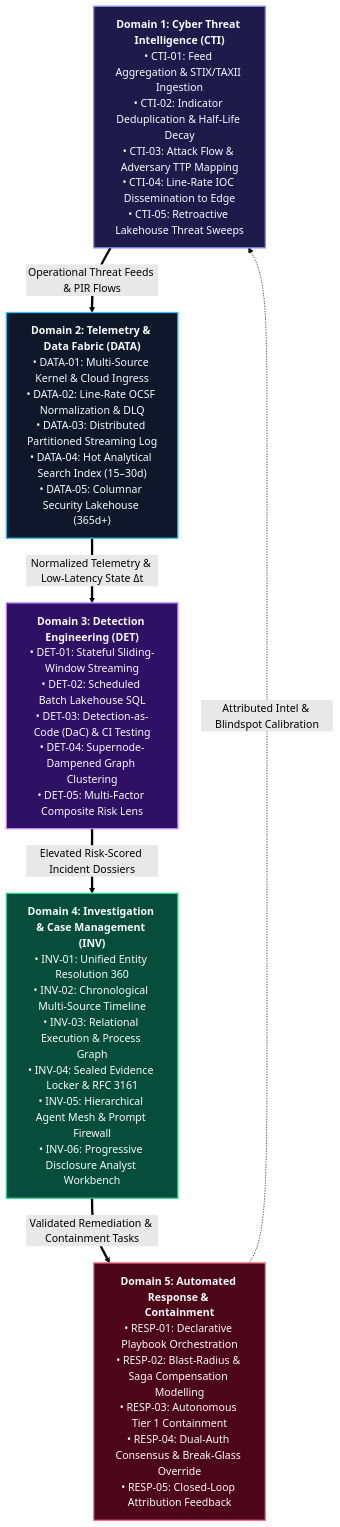
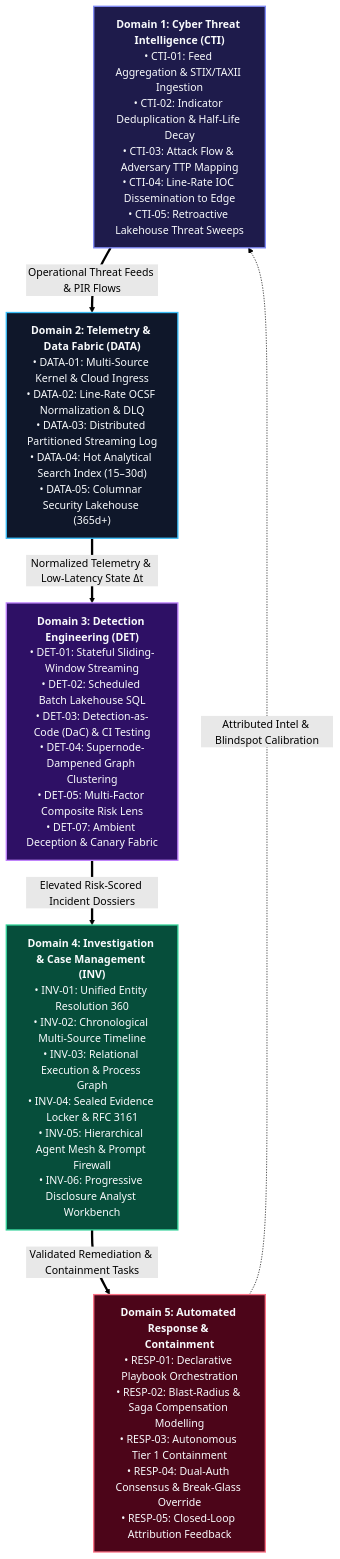
The diagram in docs/architecture/02-capability-model.md (Haribu/TIDIR), drawn with Mermaid (forest theme) before and after one commit. The commit also changed other lines of this file and 1 other file, not shown here.

Commit message:
feat(deception): add ADR 0013 and DET-07 capability for ambient deception and canary anchors

````diff
--- a/docs/architecture/02-capability-model.md
+++ b/docs/architecture/02-capability-model.md
@@ -11,25 +11,25 @@
 ```mermaid
 flowchart TB
   %% Class Definitions for High Contrast & Visual Clarity
   classDef cti fill:#1e1b4b,stroke:#818cf8,stroke-width:2px,color:#f8fafc;
   classDef data fill:#0f172a,stroke:#38bdf8,stroke-width:2px,color:#f8fafc;
   classDef det fill:#2e1065,stroke:#c084fc,stroke-width:2px,color:#f8fafc;
   classDef inv fill:#064e3b,stroke:#34d399,stroke-width:2px,color:#f8fafc;
   classDef resp fill:#4c0519,stroke:#fb7185,stroke-width:2px,color:#f8fafc;
 
   D1["<b>Domain 1: Cyber Threat Intelligence (CTI)</b><br/>• CTI-01: Feed Aggregation & STIX/TAXII Ingestion<br/>• CTI-02: Indicator Deduplication & Half-Life Decay<br/>• CTI-03: Attack Flow & Adversary TTP Mapping<br/>• CTI-04: Line-Rate IOC Dissemination to Edge<br/>• CTI-05: Retroactive Lakehouse Threat Sweeps"]:::cti
 
   D2["<b>Domain 2: Telemetry & Data Fabric (DATA)</b><br/>• DATA-01: Multi-Source Kernel & Cloud Ingress<br/>• DATA-02: Line-Rate OCSF Normalization & DLQ<br/>• DATA-03: Distributed Partitioned Streaming Log<br/>• DATA-04: Hot Analytical Search Index (15–30d)<br/>• DATA-05: Columnar Security Lakehouse (365d+)"]:::data
 
-  D3["<b>Domain 3: Detection Engineering (DET)</b><br/>• DET-01: Stateful Sliding-Window Streaming<br/>• DET-02: Scheduled Batch Lakehouse SQL<br/>• DET-03: Detection-as-Code (DaC) & CI Testing<br/>• DET-04: Supernode-Dampened Graph Clustering<br/>• DET-05: Multi-Factor Composite Risk Lens"]:::det
+  D3["<b>Domain 3: Detection Engineering (DET)</b><br/>• DET-01: Stateful Sliding-Window Streaming<br/>• DET-02: Scheduled Batch Lakehouse SQL<br/>• DET-03: Detection-as-Code (DaC) & CI Testing<br/>• DET-04: Supernode-Dampened Graph Clustering<br/>• DET-05: Multi-Factor Composite Risk Lens<br/>• DET-07: Ambient Deception & Canary Fabric"]:::det
 
   D4["<b>Domain 4: Investigation & Case Management (INV)</b><br/>• INV-01: Unified Entity Resolution 360<br/>• INV-02: Chronological Multi-Source Timeline<br/>• INV-03: Relational Execution & Process Graph<br/>• INV-04: Sealed Evidence Locker & RFC 3161<br/>• INV-05: Hierarchical Agent Mesh & Prompt Firewall<br/>• INV-06: Progressive Disclosure Analyst Workbench"]:::inv
 
   D5["<b>Domain 5: Automated Response & Containment</b><br/>• RESP-01: Declarative Playbook Orchestration<br/>• RESP-02: Blast-Radius & Saga Compensation Modelling<br/>• RESP-03: Autonomous Tier 1 Containment<br/>• RESP-04: Dual-Auth Consensus & Break-Glass Override<br/>• RESP-05: Closed-Loop Attribution Feedback"]:::resp
 
   D1 ==>|Operational Threat Feeds & PIR Flows| D2
   D2 ==>|Normalized Telemetry & Low-Latency State Δt| D3
   D3 ==>|Elevated Risk-Scored Incident Dossiers| D4
   D4 ==>|Validated Remediation & Containment Tasks| D5
   D5 -.->|Attributed Intel & Blindspot Calibration| D1
 ```
````
